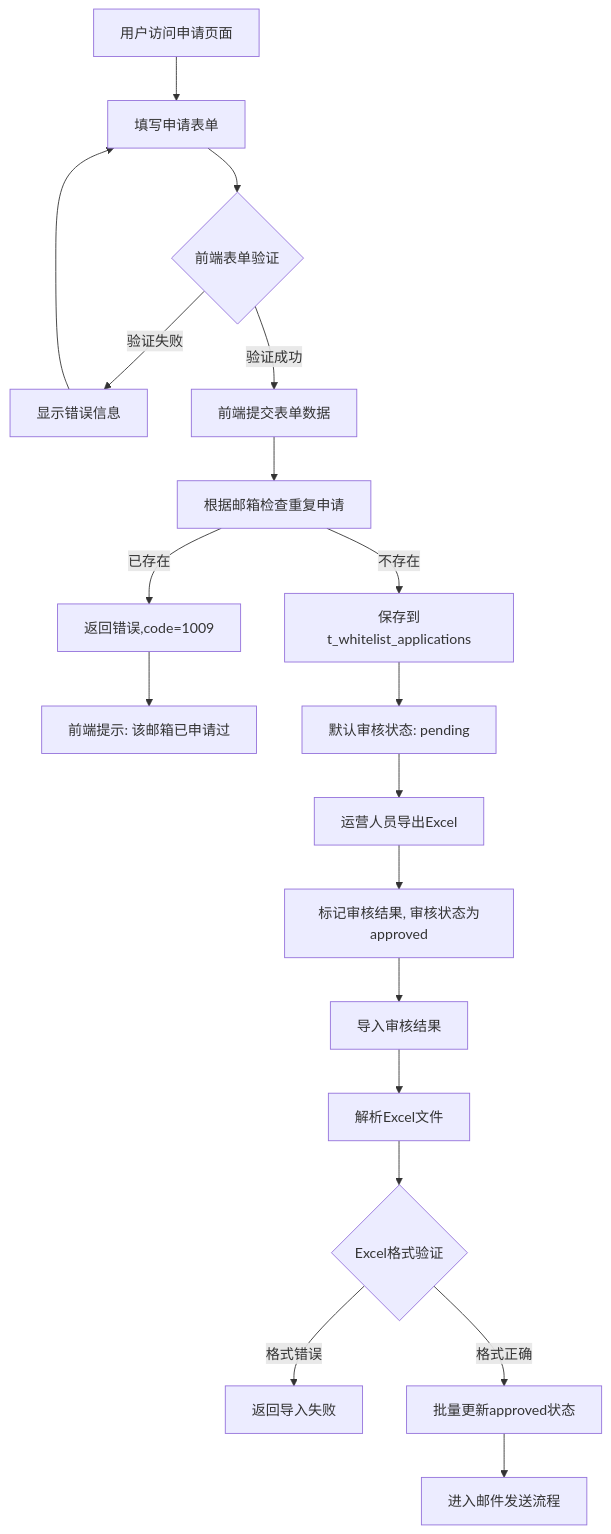
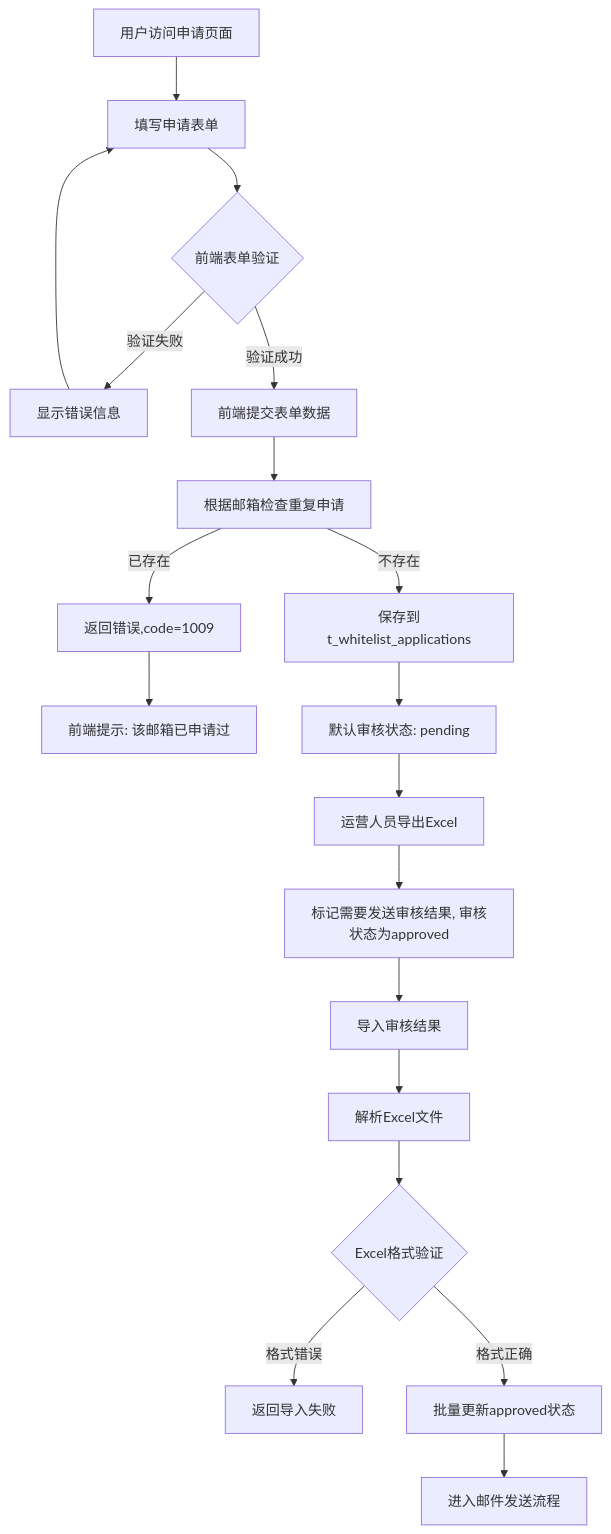
The diagram in all/未命名-73.md (yingjianzh/iodraw-files), drawn with Mermaid before and after one commit.

Commit message:
2025-07-07 09:50:20 update

````diff
--- a/all/未命名-73.md
+++ b/all/未命名-73.md
@@ -1,24 +1,24 @@
 ```mermaid
 
 flowchart TD
     A[用户访问申请页面] --> B[填写申请表单]
     B --> C{前端表单验证}
     C -->|验证失败| D[显示错误信息]
     D --> B
     C -->|验证成功| E[前端提交表单数据]
     E --> F[根据邮箱检查重复申请]
     F -->|已存在| G[返回错误,code=1009]
     G --> H[前端提示: 该邮箱已申请过]
     F -->|不存在| I[保存到t_whitelist_applications]
     I --> K[默认审核状态: pending]
     
     K --> P[运营人员导出Excel]
-    P --> S[标记审核结果, 审核状态为approved]
+    P --> S[标记需要发送审核结果, 审核状态为approved]
     S --> T[导入审核结果]
     T --> T2[解析Excel文件]
     T2 --> T3{Excel格式验证}
     T3 -->|格式错误| T4[返回导入失败]
     T3 -->|格式正确| U[批量更新approved状态]
     U --> V[进入邮件发送流程]
 
 ```
````
